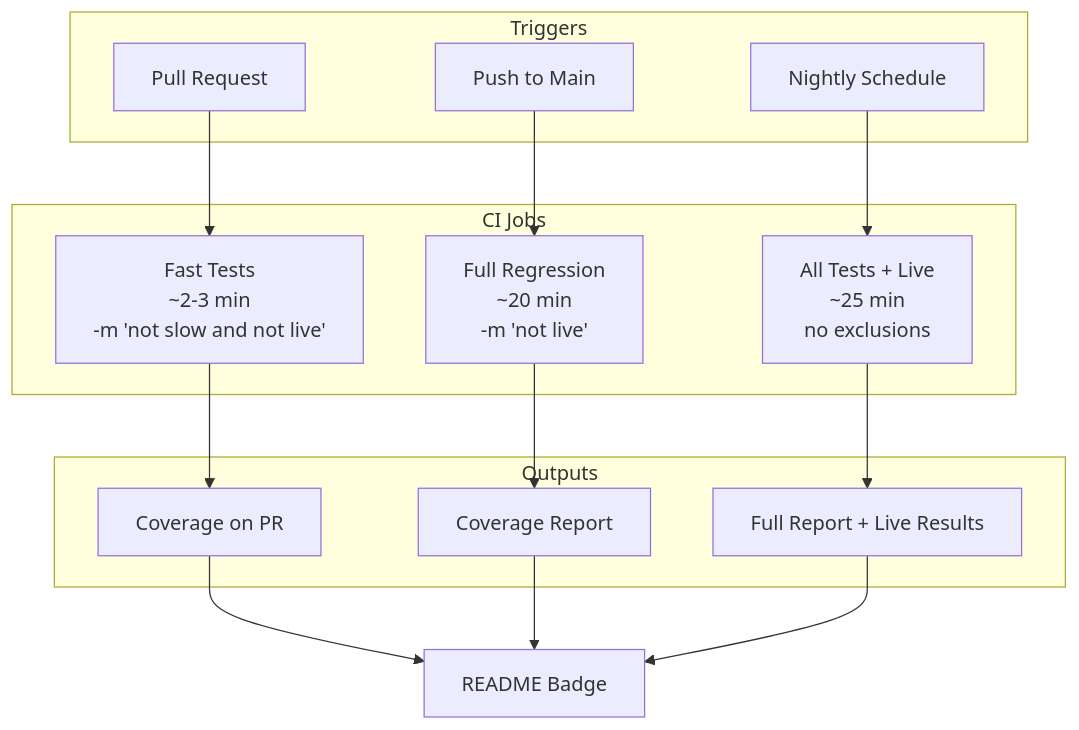
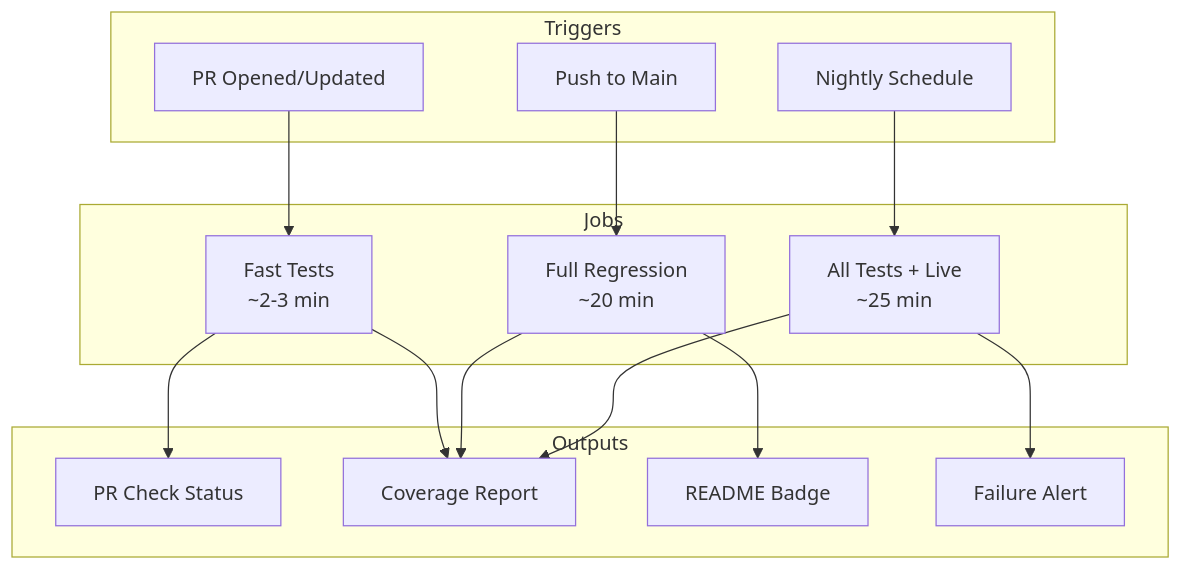
The diagram in docs/lineage/active/116-lld/002-draft.md (martymcenroe/AgentOS), drawn with Mermaid before and after one commit. The commit also changed other lines of this file and 9 other files, not shown here.

````diff
--- a/docs/lineage/active/116-lld/002-draft.md
+++ b/docs/lineage/active/116-lld/002-draft.md
@@ -209,24 +228,32 @@
 ```mermaid
-flowchart TD
+flowchart TB
     subgraph Triggers
-        PR[Pull Request]
+        PR[PR Opened/Updated]
         Push[Push to Main]
-        Nightly[Nightly Schedule]
+        Cron[Nightly Schedule]
     end
 
-    subgraph "CI Jobs"
-        PR --> FastTests["Fast Tests<br/>~2-3 min<br/>-m 'not slow and not live'"]
-        Push --> FullTests["Full Regression<br/>~20 min<br/>-m 'not live'"]
-        Nightly --> AllTests["All Tests + Live<br/>~25 min<br/>no exclusions"]
+    subgraph Jobs
+        Fast[Fast Tests<br/>~2-3 min]
+        Full[Full Regression<br/>~20 min]
+        Nightly[All Tests + Live<br/>~25 min]
     end
 
-    subgraph "Outputs"
-        FastTests --> CovPR[Coverage on PR]
-        FullTests --> CovMain[Coverage Report]
-        AllTests --> CovFull[Full Report + Live Results]
+    subgraph Outputs
+        Check[PR Check Status]
+        Coverage[Coverage Report]
+        Badge[README Badge]
+        Alert[Failure Alert]
     end
 
-    CovPR --> Badge[README Badge]
-    CovMain --> Badge
-    CovFull --> Badge
+    PR --> Fast
+    Push --> Full
+    Cron --> Nightly
+
+    Fast --> Check
+    Fast --> Coverage
+    Full --> Coverage
+    Full --> Badge
+    Nightly --> Coverage
+    Nightly --> Alert
 ```
````
